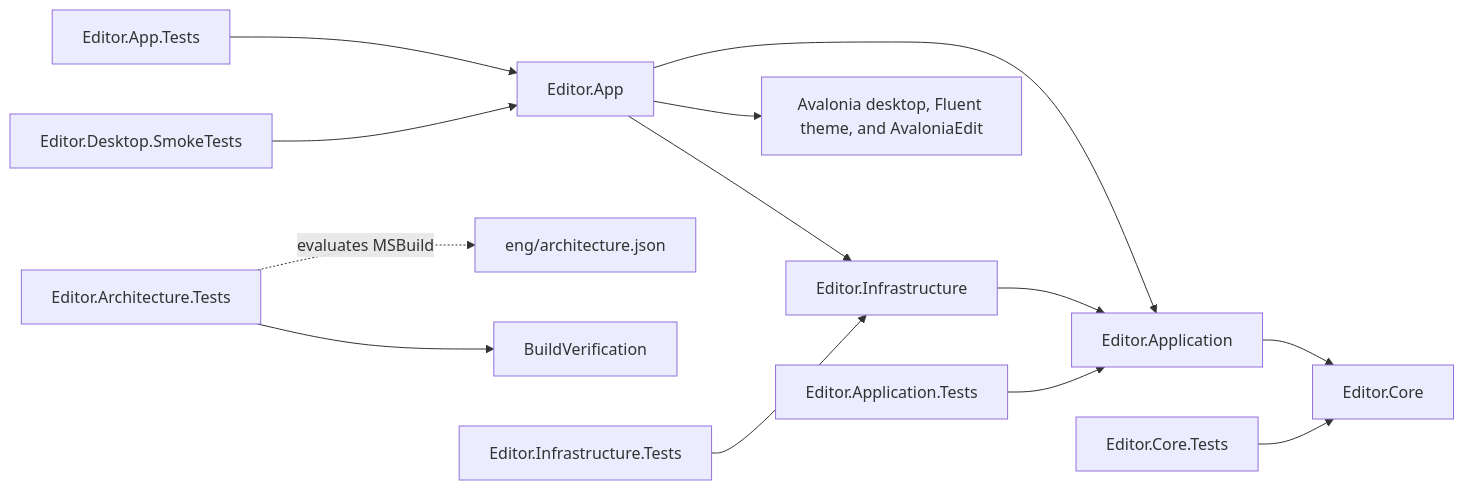
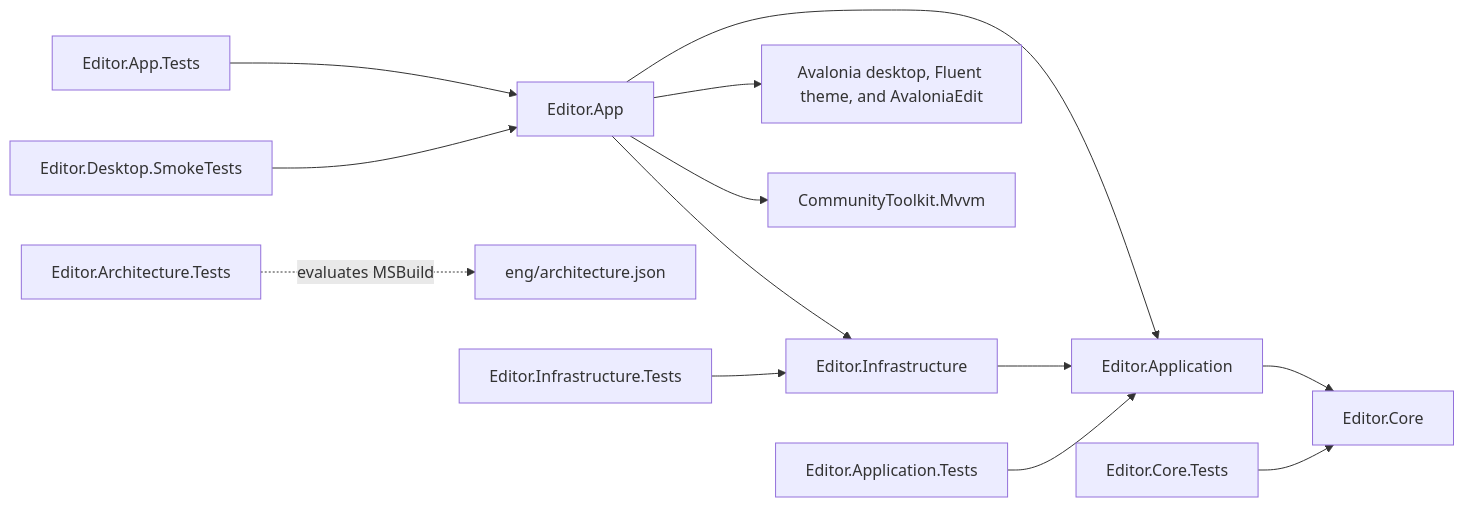
Before and after one commit to daniel-kindl/tangopad: the diagram in docs/architecture.md, drawn with Mermaid. The commit also changed other lines of this file and 61 other files, not shown here.

````diff
--- a/docs/architecture.md
+++ b/docs/architecture.md
@@ -12,15 +12,15 @@
 ```mermaid
 flowchart LR
     App[Editor.App] --> Application[Editor.Application]
     App --> Infrastructure
     Application --> Core[Editor.Core]
     Infrastructure[Editor.Infrastructure] --> Application
     App --> Avalonia[Avalonia desktop, Fluent theme, and AvaloniaEdit]
+    App --> Toolkit[CommunityToolkit.Mvvm]
     ArchitectureTests[Editor.Architecture.Tests] -. evaluates MSBuild .-> Policy[eng/architecture.json]
-    ArchitectureTests --> BuildVerification[BuildVerification]
     ApplicationTests[Editor.Application.Tests] --> Application
     CoreTests[Editor.Core.Tests] --> Core
     InfrastructureTests[Editor.Infrastructure.Tests] --> Infrastructure
     AppTests[Editor.App.Tests] --> App
     SmokeTests[Editor.Desktop.SmokeTests] --> App
 ```
````
